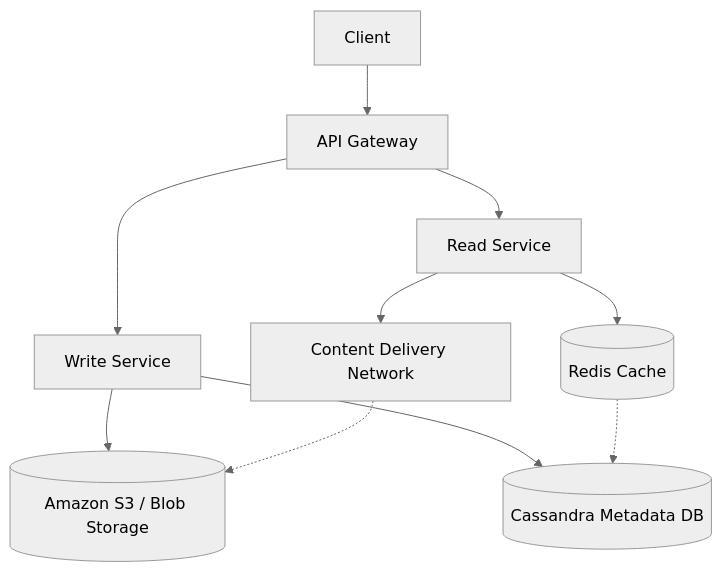
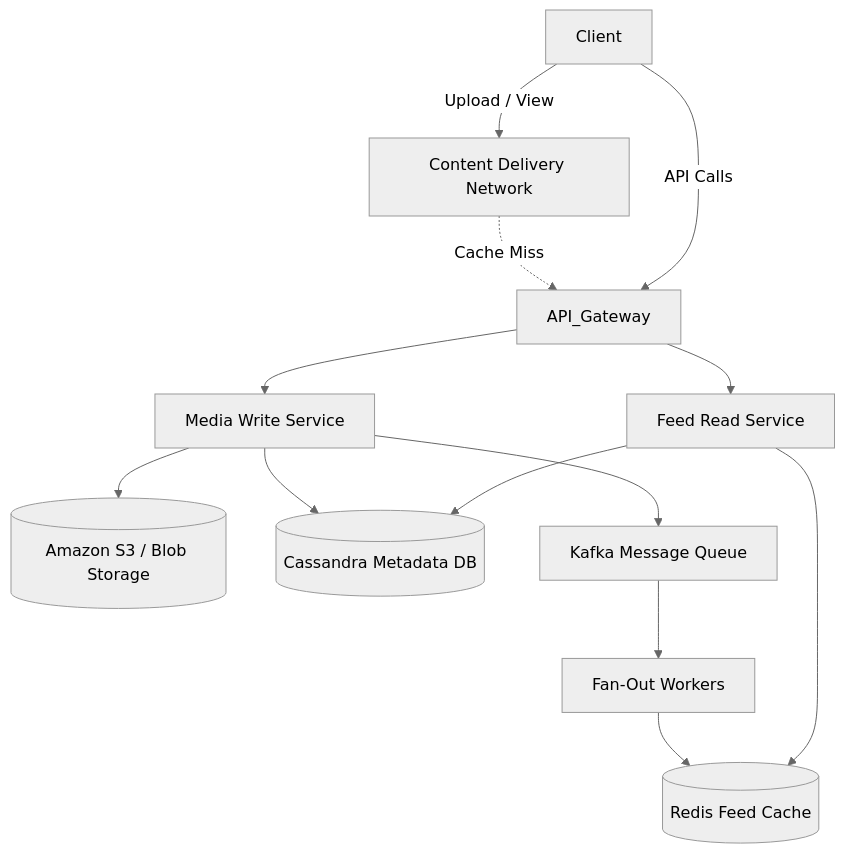
The diagram in system_design_hld/architectures/social_media/INSTAGRAM_HLD.md (Ankur-glitchtracer/docs), drawn with Mermaid (neutral theme) before and after one commit. The commit also changed other lines of this file and 277 other files, not shown here.

````diff
--- a/system_design_hld/architectures/social_media/INSTAGRAM_HLD.md
+++ b/system_design_hld/architectures/social_media/INSTAGRAM_HLD.md
@@ -33,15 +64,19 @@
 ```mermaid
 graph TD
-    Client --> API[API Gateway]
+    Client -->|Upload / View| CDN[Content Delivery Network]
+    CDN -.->|Cache Miss| API_Gateway
+    Client -->|API Calls| API_Gateway
     
-    API --> ReadSvc[Read Service]
-    API --> WriteSvc[Write Service]
+    API_Gateway --> WriteSvc[Media Write Service]
+    API_Gateway --> ReadSvc[Feed Read Service]
     
     WriteSvc --> S3[(Amazon S3 / Blob Storage)]
     WriteSvc --> Cass[(Cassandra Metadata DB)]
+    WriteSvc --> Kafka[Kafka Message Queue]
     
-    ReadSvc --> CDN[Content Delivery Network]
-    CDN -.-> S3
-    ReadSvc --> Redis[(Redis Cache)]
-    Redis -.-> Cass
+    Kafka --> FanOut[Fan-Out Workers]
+    FanOut --> RedisFeed[(Redis Feed Cache)]
+    
+    ReadSvc --> RedisFeed
+    ReadSvc --> Cass
 ```
````
